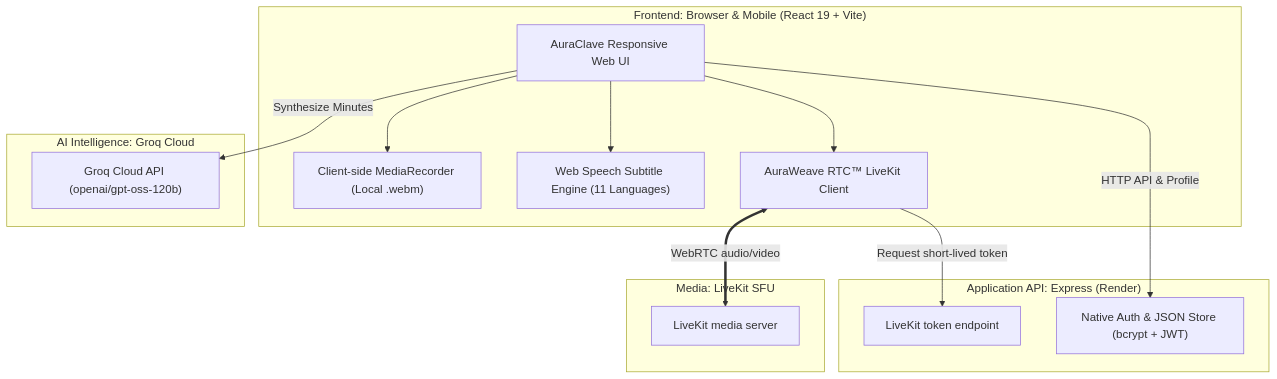
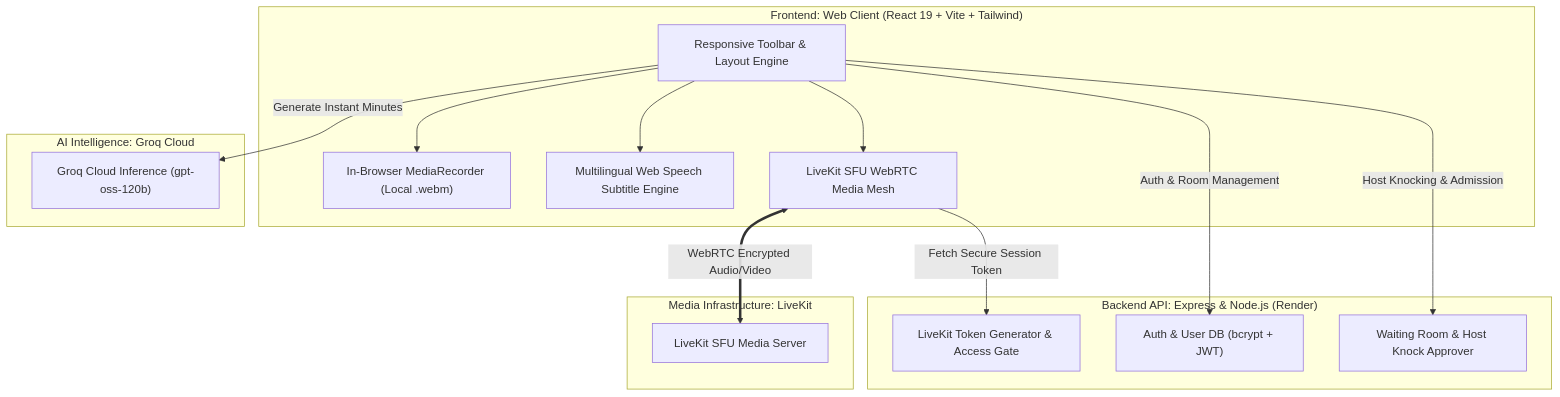
One commit to Nikhil1081/AuraClave changed the diagram in README.md. Above: the diagram before and after it, drawn with Mermaid. The commit also changed other lines of this file, not shown here.

Commit message:
docs: enrich README with user-friendly overview, responsive toolbar guide, and feature highlights

````diff
--- a/README.md
+++ b/README.md
@@ -108,31 +93,33 @@
 ```mermaid
 flowchart TD
-    subgraph ClientLayer ["Frontend: Browser & Mobile (React 19 + Vite)"]
-        UI["AuraClave Responsive Web UI"]
-        MediaRec["Client-side MediaRecorder (Local .webm)"]
-        Speech["Web Speech Subtitle Engine (11 Languages)"]
-        AuraClient["AuraWeave RTC™ LiveKit Client"]
+    subgraph ClientLayer ["Frontend: Web Client (React 19 + Vite + Tailwind)"]
+        UI["Responsive Toolbar & Layout Engine"]
+        MediaRec["In-Browser MediaRecorder (Local .webm)"]
+        Speech["Multilingual Web Speech Subtitle Engine"]
+        AuraClient["LiveKit SFU WebRTC Media Mesh"]
     end
 
-    subgraph SignalLayer ["Application API: Express (Render)"]
-        Token["LiveKit token endpoint"]
-        AuthDB["Native Auth & JSON Store (bcrypt + JWT)"]
+    subgraph ServerLayer ["Backend API: Express & Node.js (Render)"]
+        TokenAuth["LiveKit Token Generator & Access Gate"]
+        UserDB["Auth & User DB (bcrypt + JWT)"]
+        RoomMgr["Waiting Room & Host Knock Approver"]
     end
 
-    subgraph MediaLayer ["Media: LiveKit SFU"]
-        LiveKit["LiveKit media server"]
+    subgraph SFULayer ["Media Infrastructure: LiveKit"]
+        SFU["LiveKit SFU Media Server"]
     end
 
-    subgraph AIEngine ["AI Intelligence: Groq Cloud"]
-        Groq["Groq Cloud API (openai/gpt-oss-120b)"]
+    subgraph AILayer ["AI Intelligence: Groq Cloud"]
+        Groq["Groq Cloud Inference (gpt-oss-120b)"]
     end
 
     UI --> AuraClient
     UI --> Speech
     UI --> MediaRec
 
-    AuraClient <==>|"WebRTC audio/video"| LiveKit
-    AuraClient -->|"Request short-lived token"| Token
-    UI -->|"HTTP API & Profile"| AuthDB
-    UI -->|"Synthesize Minutes"| Groq
+    AuraClient <==>|"WebRTC Encrypted Audio/Video"| SFU
+    AuraClient -->|"Fetch Secure Session Token"| TokenAuth
+    UI -->|"Auth & Room Management"| UserDB
+    UI -->|"Host Knocking & Admission"| RoomMgr
+    UI -->|"Generate Instant Minutes"| Groq
 ```
````
